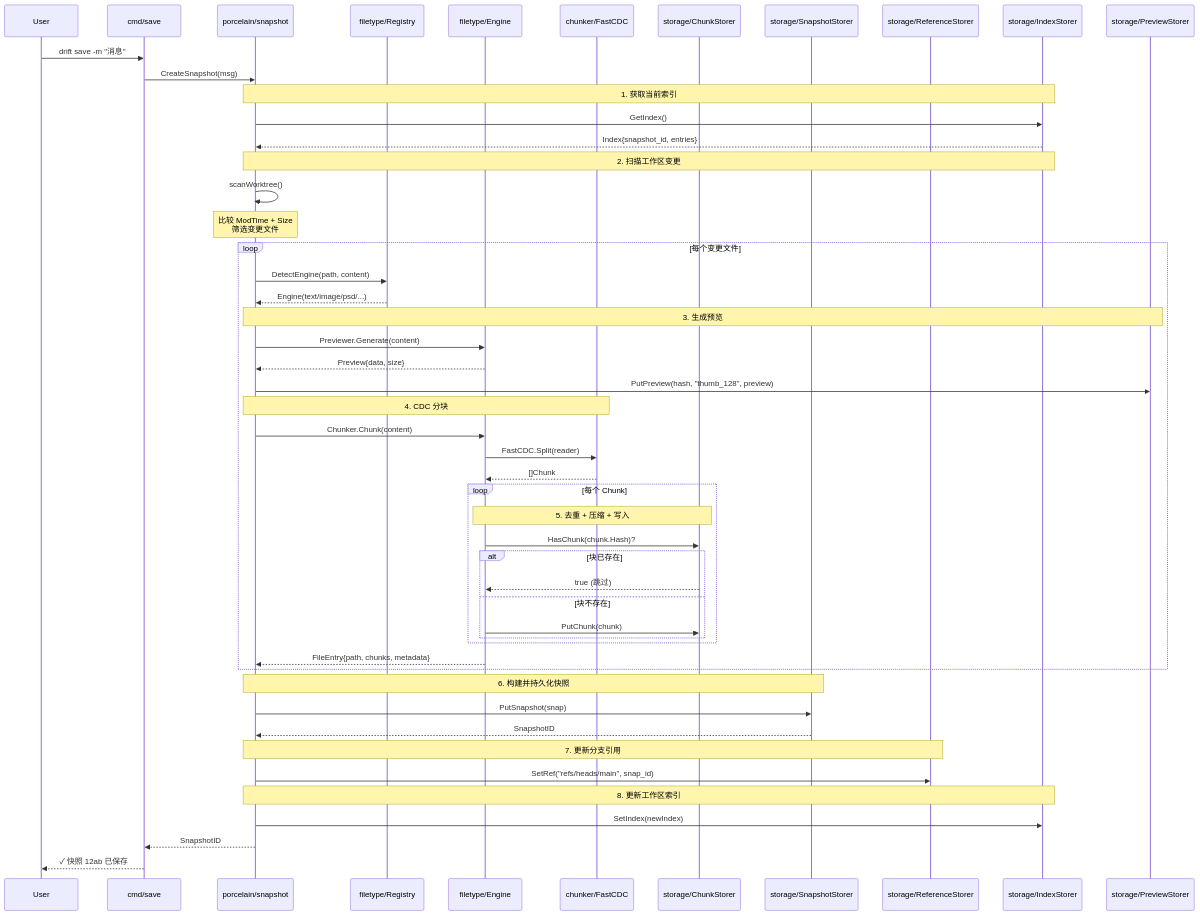
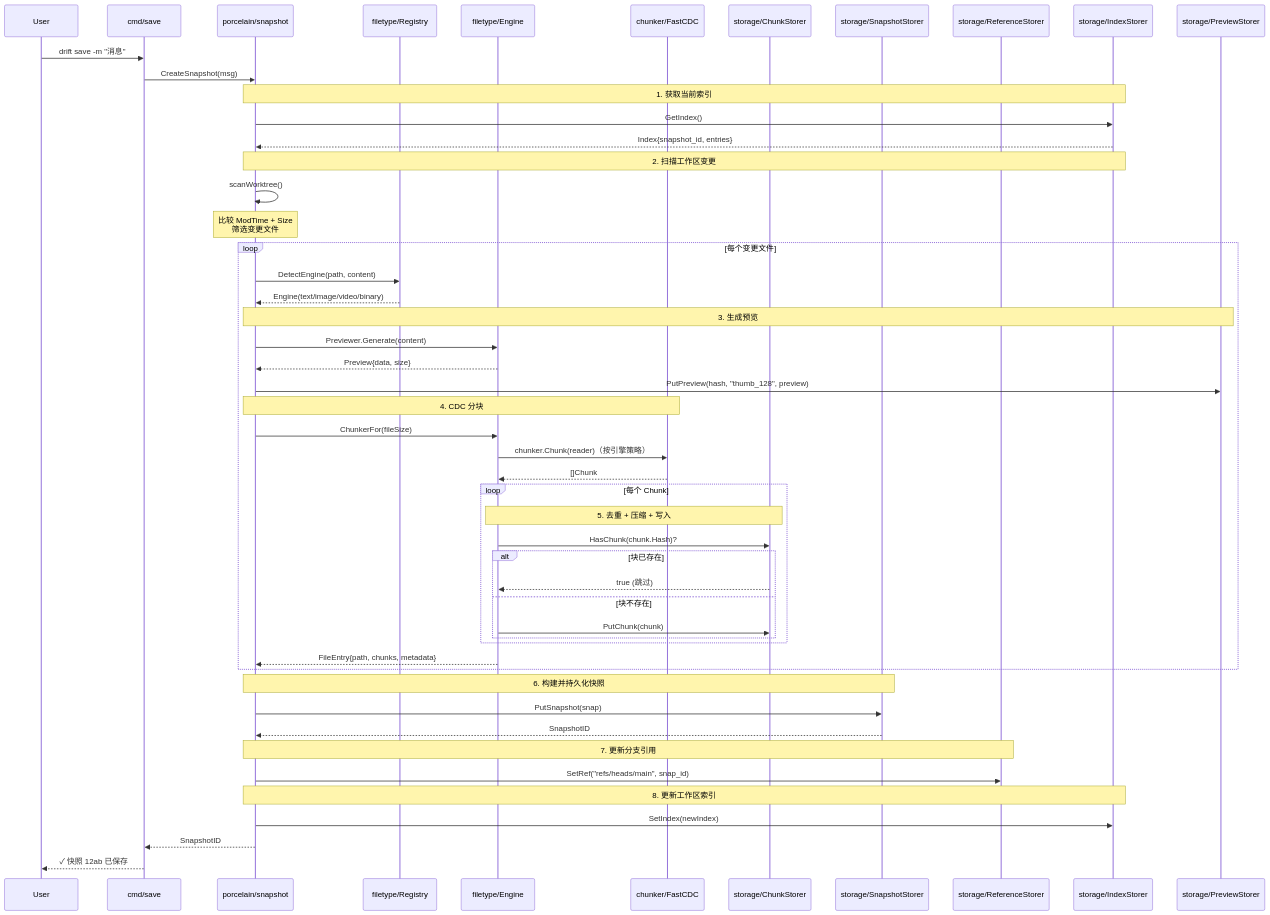
The third of 5 diagrams in docs/architecture.md (Alei-001/drift), drawn with Mermaid before and after one commit. The commit also changed other lines of this file and 25 other files, not shown here.

````diff
--- a/docs/architecture.md
+++ b/docs/architecture.md
@@ -691,65 +741,65 @@
 ```mermaid
 sequenceDiagram
     participant User
     participant Cmd as cmd/save
     participant Snapshot as porcelain/snapshot
     participant Registry as filetype/Registry
     participant Engine as filetype/Engine
     participant CD as chunker/FastCDC
     participant CS as storage/ChunkStorer
     participant SS as storage/SnapshotStorer
     participant RS as storage/ReferenceStorer
     participant IS as storage/IndexStorer
     participant PS as storage/PreviewStorer
 
     User->>Cmd: drift save -m "消息"
     Cmd->>Snapshot: CreateSnapshot(msg)
 
     Note over Snapshot,IS: 1. 获取当前索引
     Snapshot->>IS: GetIndex()
     IS-->>Snapshot: Index{snapshot_id, entries}
 
     Note over Snapshot,IS: 2. 扫描工作区变更
     Snapshot->>Snapshot: scanWorktree()
     Note over Snapshot: 比较 ModTime + Size<br/>筛选变更文件
 
     loop 每个变更文件
         Snapshot->>Registry: DetectEngine(path, content)
-        Registry-->>Snapshot: Engine(text/image/psd/...)
+        Registry-->>Snapshot: Engine(text/image/video/binary)
 
         Note over Snapshot,PS: 3. 生成预览
         Snapshot->>Engine: Previewer.Generate(content)
         Engine-->>Snapshot: Preview{data, size}
         Snapshot->>PS: PutPreview(hash, "thumb_128", preview)
 
         Note over Snapshot,CD: 4. CDC 分块
-        Snapshot->>Engine: Chunker.Chunk(content)
-        Engine->>CD: FastCDC.Split(reader)
+        Snapshot->>Engine: ChunkerFor(fileSize)
+        Engine->>CD: chunker.Chunk(reader)（按引擎策略）
         CD-->>Engine: []Chunk
 
         loop 每个 Chunk
             Note over Engine,CS: 5. 去重 + 压缩 + 写入
             Engine->>CS: HasChunk(chunk.Hash)?
             alt 块已存在
                 CS-->>Engine: true (跳过)
             else 块不存在
                 Engine->>CS: PutChunk(chunk)
             end
         end
 
         Engine-->>Snapshot: FileEntry{path, chunks, metadata}
     end
 
     Note over Snapshot,SS: 6. 构建并持久化快照
     Snapshot->>SS: PutSnapshot(snap)
     SS-->>Snapshot: SnapshotID
 
     Note over Snapshot,RS: 7. 更新分支引用
     Snapshot->>RS: SetRef("refs/heads/main", snap_id)
 
     Note over Snapshot,IS: 8. 更新工作区索引
     Snapshot->>IS: SetIndex(newIndex)
 
     Snapshot-->>Cmd: SnapshotID
     Cmd-->>User: ✓ 快照 12ab 已保存
 ```
````
